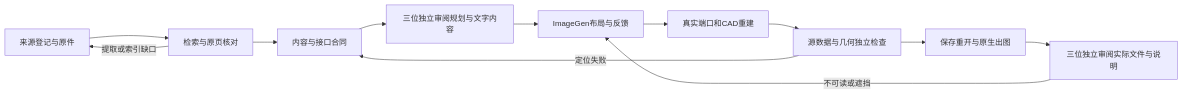
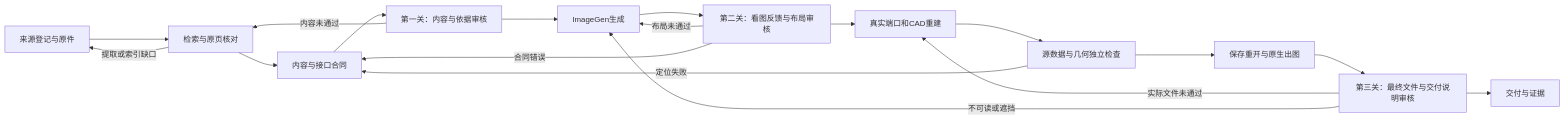
One commit to milklong888/gpt-image-chemical-pfd-pid changed the diagram in docs/ARCHITECTURE.md. Above: the diagram before and after it, drawn with Mermaid. The commit also changed other lines of this file and 7 other files, not shown here.

````diff
--- a/docs/ARCHITECTURE.md
+++ b/docs/ARCHITECTURE.md
@@ -11,14 +11,20 @@
 ```mermaid
 flowchart LR
     A[来源登记与原件] --> B[检索与原页核对]
     B --> C[内容与接口合同]
-    C --> R[三位独立审阅规划与文字内容]
-    R --> D[ImageGen布局与反馈]
-    D --> E[真实端口和CAD重建]
+    C --> R[第一关：内容与依据审核]
+    R --> D[ImageGen生成]
+    D --> Q[第二关：看图反馈与布局审核]
+    Q --> E[真实端口和CAD重建]
     E --> F[源数据与几何独立检查]
     F --> G[保存重开与原生出图]
-    G --> H[三位独立审阅实际文件与说明]
+    G --> H[第三关：最终文件与交付说明审核]
+    H --> I[交付与证据]
+    R -->|内容未通过| B
+    Q -->|布局未通过| D
+    Q -->|合同错误| C
+    H -->|实际文件未通过| E
     B -->|提取或索引缺口| A
     F -->|定位失败| C
     H -->|不可读或遮挡| D
 ```
````
